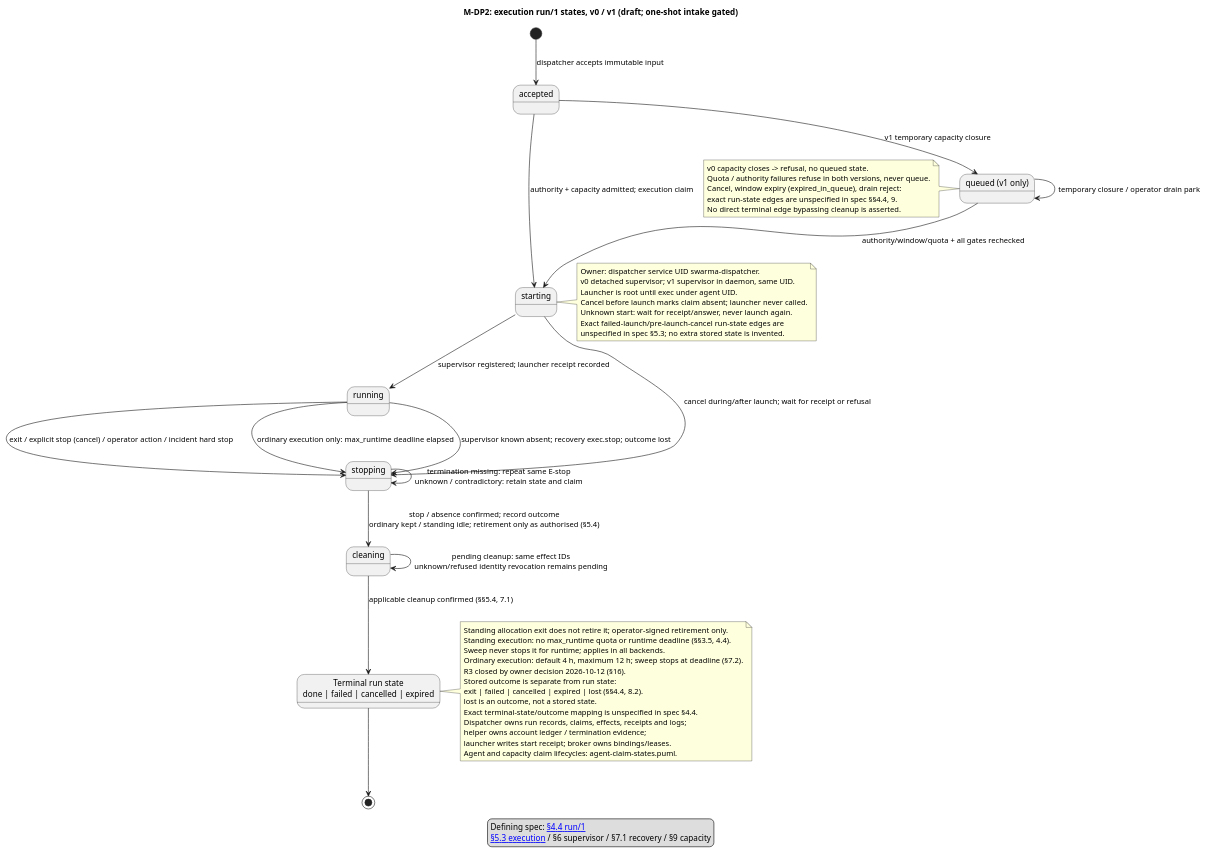
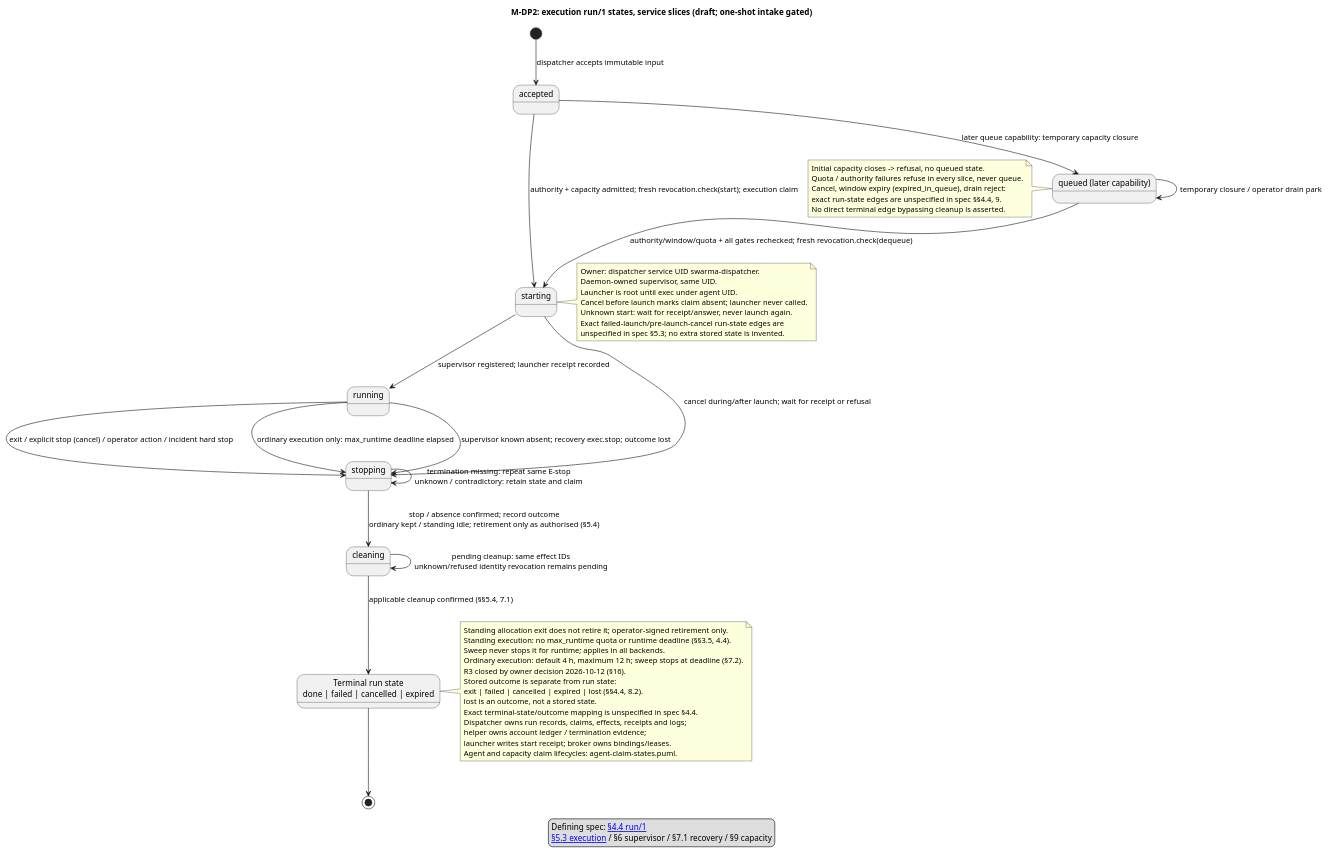
The diagram in diagrams/run-states.puml (relux-works/curator-dispatcher), drawn with PlantUML before and after one commit. The commit also changed 10 other files, not shown here.

First line of the commit message:
Apply accepted review findings: socket service from slice 0, host_start, maintenance stop, requester-signed delegation, revocation.check, effect observations (owner 2026-10-12) (TASK-261012-xlw4pi)

```diff
--- a/diagrams/run-states.puml
+++ b/diagrams/run-states.puml
@@ -1,60 +1,60 @@
 @startuml run-states
-title M-DP2: execution run/1 states, v0 / v1 (draft; one-shot intake gated)
+title M-DP2: execution run/1 states, service slices (draft; one-shot intake gated)
 state "accepted" as Accepted
-state "queued (v1 only)" as Queued
+state "queued (later capability)" as Queued
 state "starting" as Starting
 state "running" as Running
 state "stopping" as Stopping
 state "cleaning" as Cleaning
 state "Terminal run state\ndone | failed | cancelled | expired" as Terminal
 [*] --> Accepted : dispatcher accepts immutable input
-Accepted --> Queued : v1 temporary capacity closure
-Accepted --> Starting : authority + capacity admitted; execution claim
-Queued --> Starting : authority/window/quota + all gates rechecked
+Accepted --> Queued : later queue capability: temporary capacity closure
+Accepted --> Starting : authority + capacity admitted; fresh revocation.check(start); execution claim
+Queued --> Starting : authority/window/quota + all gates rechecked; fresh revocation.check(dequeue)
 Queued --> Queued : temporary closure / operator drain park
 Starting --> Running : supervisor registered; launcher receipt recorded
 Starting --> Stopping : cancel during/after launch; wait for receipt or refusal
 Running --> Stopping : exit / explicit stop (cancel) / operator action / incident hard stop
 Running --> Stopping : ordinary execution only: max_runtime deadline elapsed
 Running --> Stopping : supervisor known absent; recovery exec.stop; outcome lost
 Stopping --> Stopping : termination missing: repeat same E-stop\nunknown / contradictory: retain state and claim
 Stopping --> Cleaning : stop / absence confirmed; record outcome\nordinary kept / standing idle; retirement only as authorised (§5.4)
 Cleaning --> Cleaning : pending cleanup: same effect IDs\nunknown/refused identity revocation remains pending
 Cleaning --> Terminal : applicable cleanup confirmed (§§5.4, 7.1)
 Terminal --> [*]
 note right of Starting
   Owner: dispatcher service UID swarma-dispatcher.
-  v0 detached supervisor; v1 supervisor in daemon, same UID.
+  Daemon-owned supervisor, same UID.
   Launcher is root until exec under agent UID.
   Cancel before launch marks claim absent; launcher never called.
   Unknown start: wait for receipt/answer, never launch again.
   Exact failed-launch/pre-launch-cancel run-state edges are
   unspecified in spec §5.3; no extra stored state is invented.
 end note
 note left of Queued
-  v0 capacity closes -> refusal, no queued state.
-  Quota / authority failures refuse in both versions, never queue.
+  Initial capacity closes -> refusal, no queued state.
+  Quota / authority failures refuse in every slice, never queue.
   Cancel, window expiry (expired_in_queue), drain reject:
   exact run-state edges are unspecified in spec §§4.4, 9.
   No direct terminal edge bypassing cleanup is asserted.
 end note
 note right of Terminal
   Standing allocation exit does not retire it; operator-signed retirement only.
   Standing execution: no max_runtime quota or runtime deadline (§§3.5, 4.4).
   Sweep never stops it for runtime; applies in all backends.
   Ordinary execution: default 4 h, maximum 12 h; sweep stops at deadline (§7.2).
   R3 closed by owner decision 2026-10-12 (§16).
   Stored outcome is separate from run state:
   exit | failed | cancelled | expired | lost (§§4.4, 8.2).
   lost is an outcome, not a stored state.
   Exact terminal-state/outcome mapping is unspecified in spec §4.4.
   Dispatcher owns run records, claims, effects, receipts and logs;
   helper owns account ledger / termination evidence;
   launcher writes start receipt; broker owns bindings/leases.
   Agent and capacity claim lifecycles: agent-claim-states.puml.
 end note
 legend
   Defining spec: [[https://github.com/relux-works/swarma-dispatcher/blob/main/spec/dispatcher.md#44-execution-run1 §4.4 run/1]]
   [[https://github.com/relux-works/swarma-dispatcher/blob/main/spec/dispatcher.md#53-execution §5.3 execution]] / §6 supervisor / §7.1 recovery / §9 capacity
 endlegend
 @enduml
```
